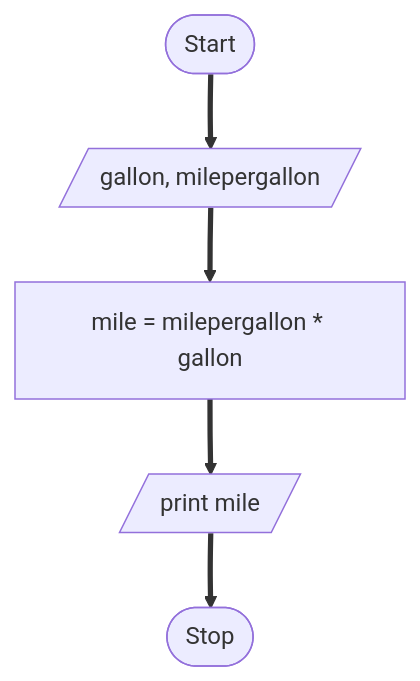
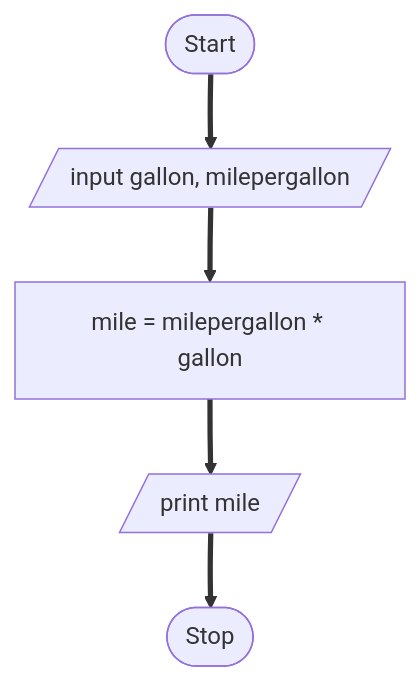
One commit to SWEG-2016EC-Batch/The-5-Bits changed the diagram in ETS0831_Kidus_Tessema/Miles.md. Above: the diagram before and after it, drawn with Mermaid.

````diff
--- a/ETS0831_Kidus_Tessema/Miles.md
+++ b/ETS0831_Kidus_Tessema/Miles.md
@@ -22,8 +22,8 @@
 ```mermaid
 flowchart TD
 id1([Start])
-id1 ==> id2[/gallon, milepergallon/]
+id1 ==> id2[/input gallon, milepergallon/]
 id2 ==> id3["mile = milepergallon * gallon"]
 id3 ==> id4[/ print mile/]
 id4 ==> id5([Stop])
 ```
````
